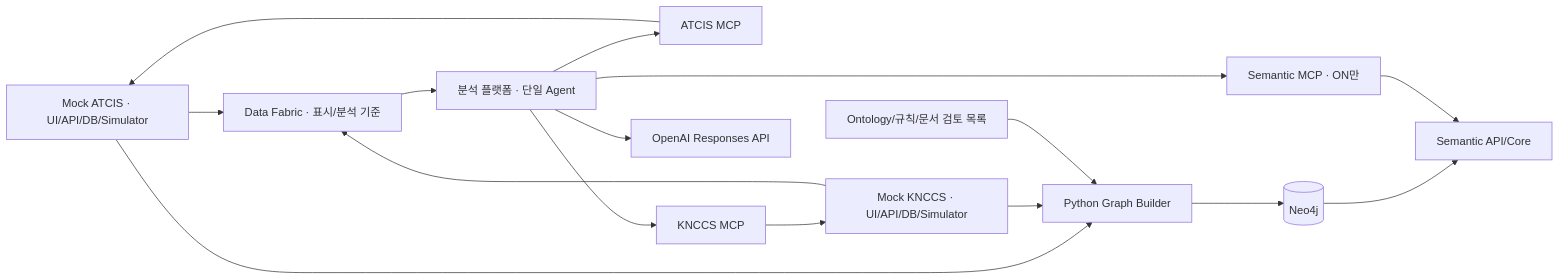
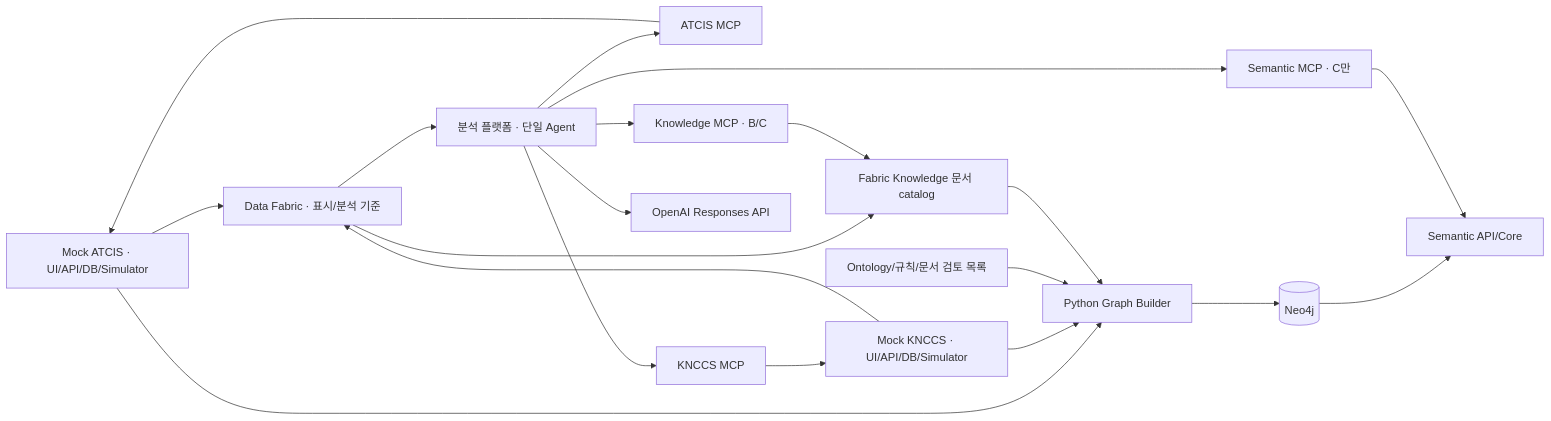
Before and after one commit to igeon-hws/battlefield-ai-platform-poc: the diagram in docs/ARCHITECTURE.md, drawn with Mermaid. The commit also changed other lines of this file and 65 other files, not shown here.

````diff
--- a/docs/ARCHITECTURE.md
+++ b/docs/ARCHITECTURE.md
@@ -7,18 +7,22 @@
 ```mermaid
 flowchart LR
   A[Mock ATCIS · UI/API/DB/Simulator] --> F[Data Fabric · 표시/분석 기준]
   N[Mock KNCCS · UI/API/DB/Simulator] --> F
   F --> P[분석 플랫폼 · 단일 Agent]
   P --> AM[ATCIS MCP]
   P --> NM[KNCCS MCP]
   AM --> A
   NM --> N
   A --> B[Python Graph Builder]
   N --> B
   O[Ontology/규칙/문서 검토 목록] --> B
   B --> G[(Neo4j)]
   G --> S[Semantic API/Core]
-  P --> SM[Semantic MCP · ON만]
+  F --> K[Fabric Knowledge 문서 catalog]
+  P --> KM[Knowledge MCP · B/C]
+  KM --> K
+  K --> B
+  P --> SM[Semantic MCP · C만]
   SM --> S
   P --> L[OpenAI Responses API]
 ```
````
